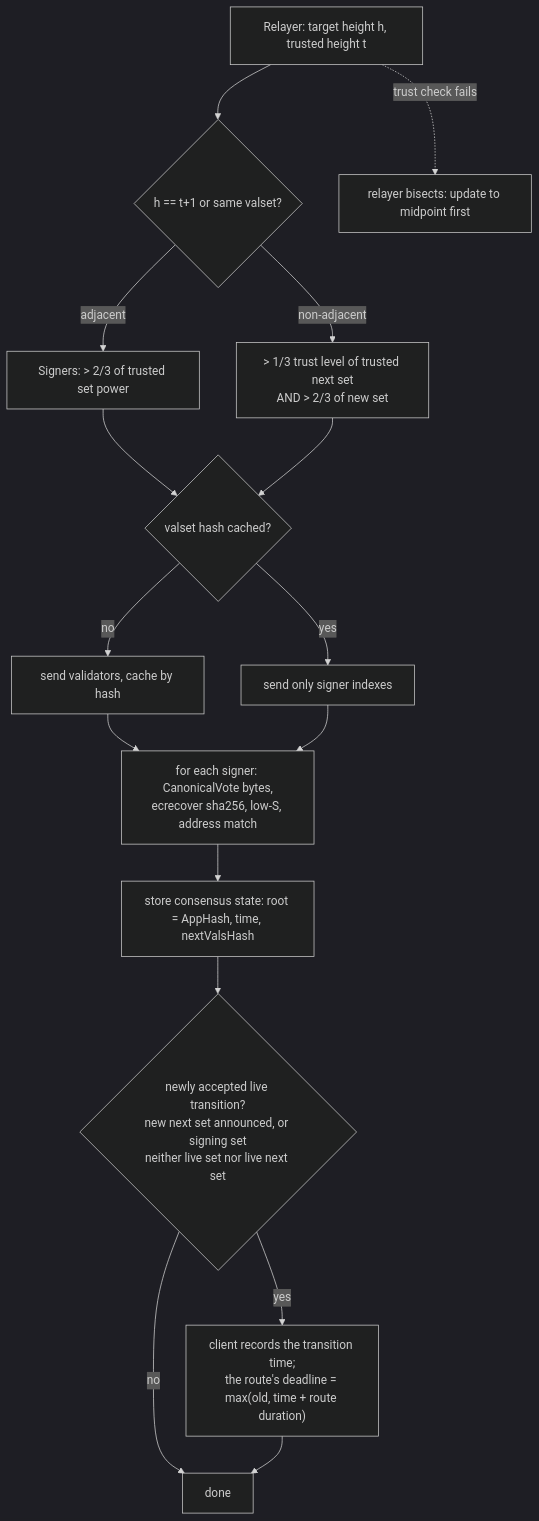
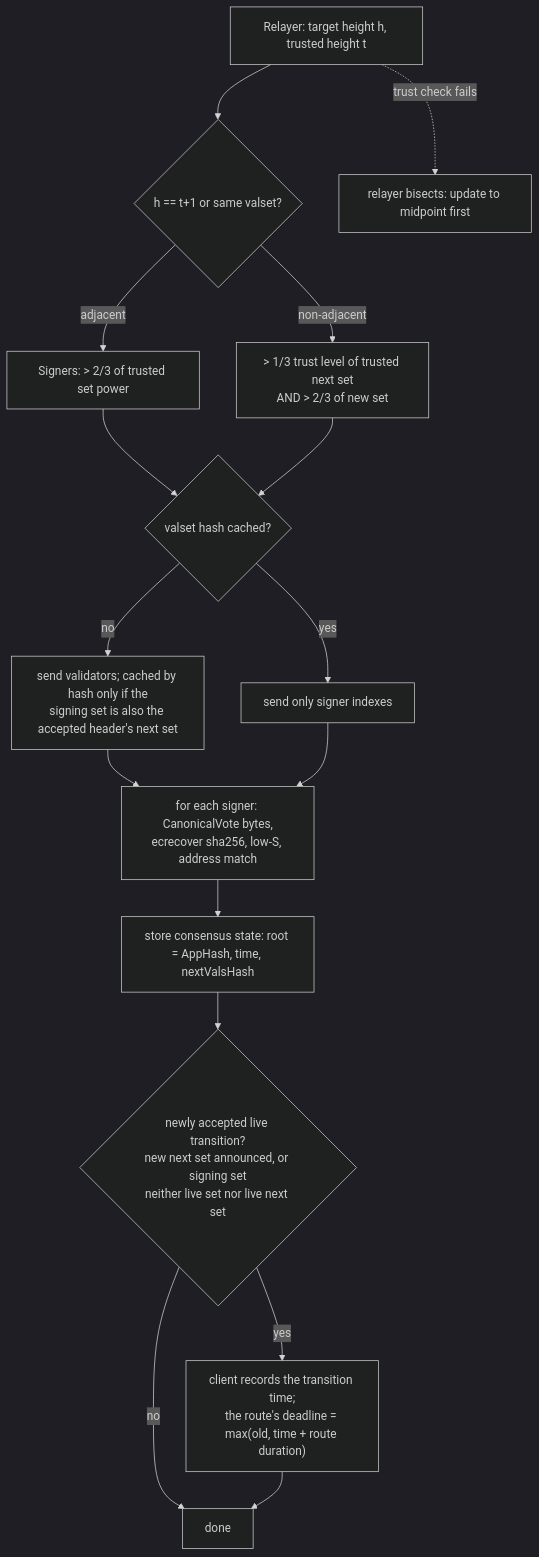
Before and after one commit to gnolang/gno: the fifth of 13 diagrams in gno.land/adr/pr6375_ibc_ethereum.md, drawn with Mermaid (dark theme). The commit also changed other lines of this file, not shown here.

````diff
--- a/gno.land/adr/pr6375_ibc_ethereum.md
+++ b/gno.land/adr/pr6375_ibc_ethereum.md
@@ -611,16 +615,16 @@
 ```mermaid
 flowchart TD
   H[Relayer: target height h, trusted height t] --> ADJ{h == t+1 or same valset?}
   ADJ -- adjacent --> V1[Signers: > 2/3 of trusted set power]
   ADJ -- non-adjacent --> V2[> 1/3 trust level of trusted next set<br/>AND > 2/3 of new set]
   V1 & V2 --> CACHE{valset hash cached?}
-  CACHE -- no --> KEYS[send validators, cache by hash]
+  CACHE -- no --> KEYS["send validators; cached by hash only if the<br/>signing set is also the accepted header's next set"]
   CACHE -- yes --> NOKEYS[send only signer indexes]
   KEYS & NOKEYS --> SIG[for each signer: CanonicalVote bytes,<br/>ecrecover sha256, low-S, address match]
   SIG --> STORE[store consensus state: root = AppHash, time, nextValsHash]
   STORE --> VCH{newly accepted live transition?<br/>new next set announced, or signing set<br/>neither live set nor live next set}
   VCH -- yes --> QUAR["client records the transition time;<br/>the route's deadline = max(old, time + route duration)"]
   VCH -- no --> DONE[done]
   QUAR --> DONE
   H -. trust check fails .-> BIS[relayer bisects: update to midpoint first]
 ```
````
